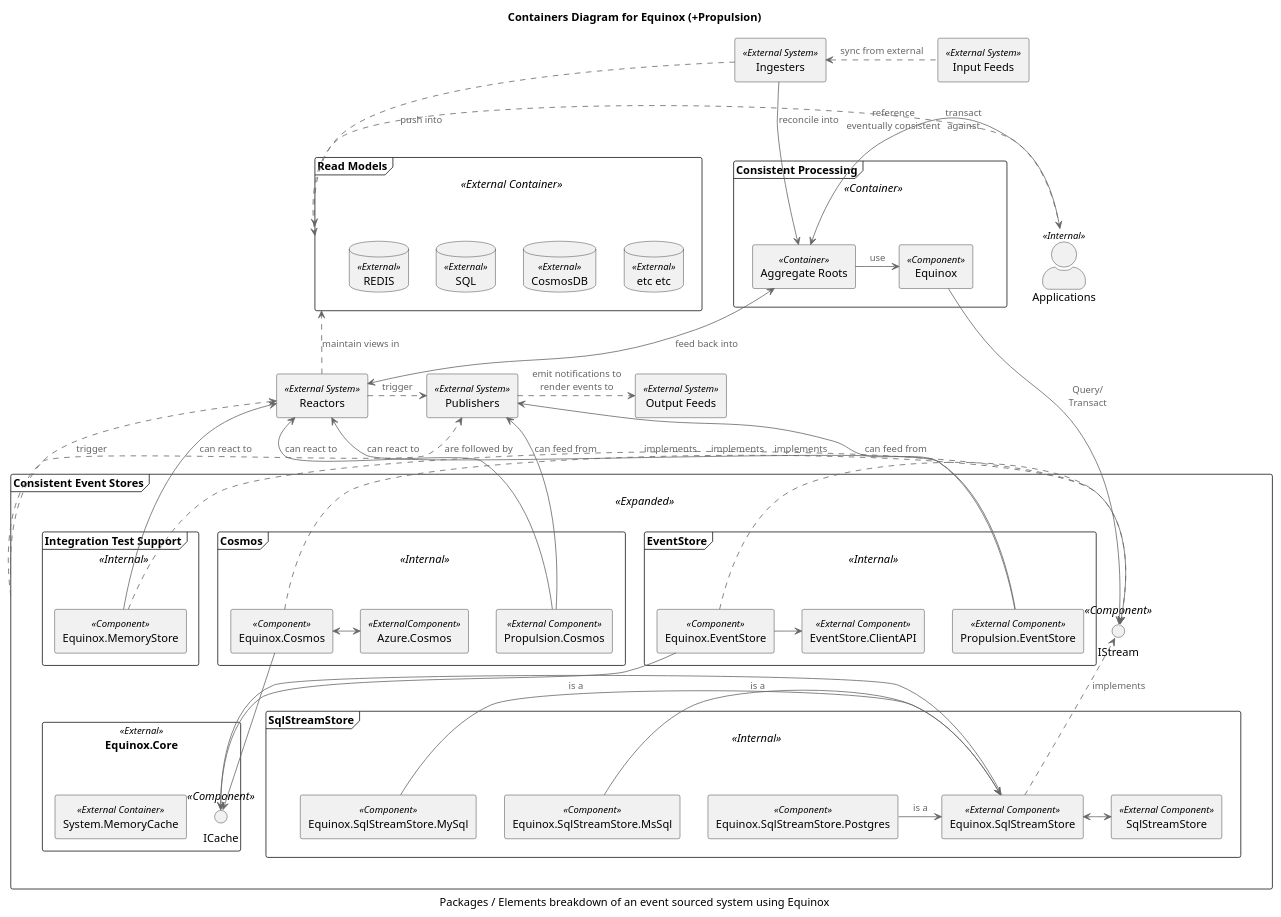
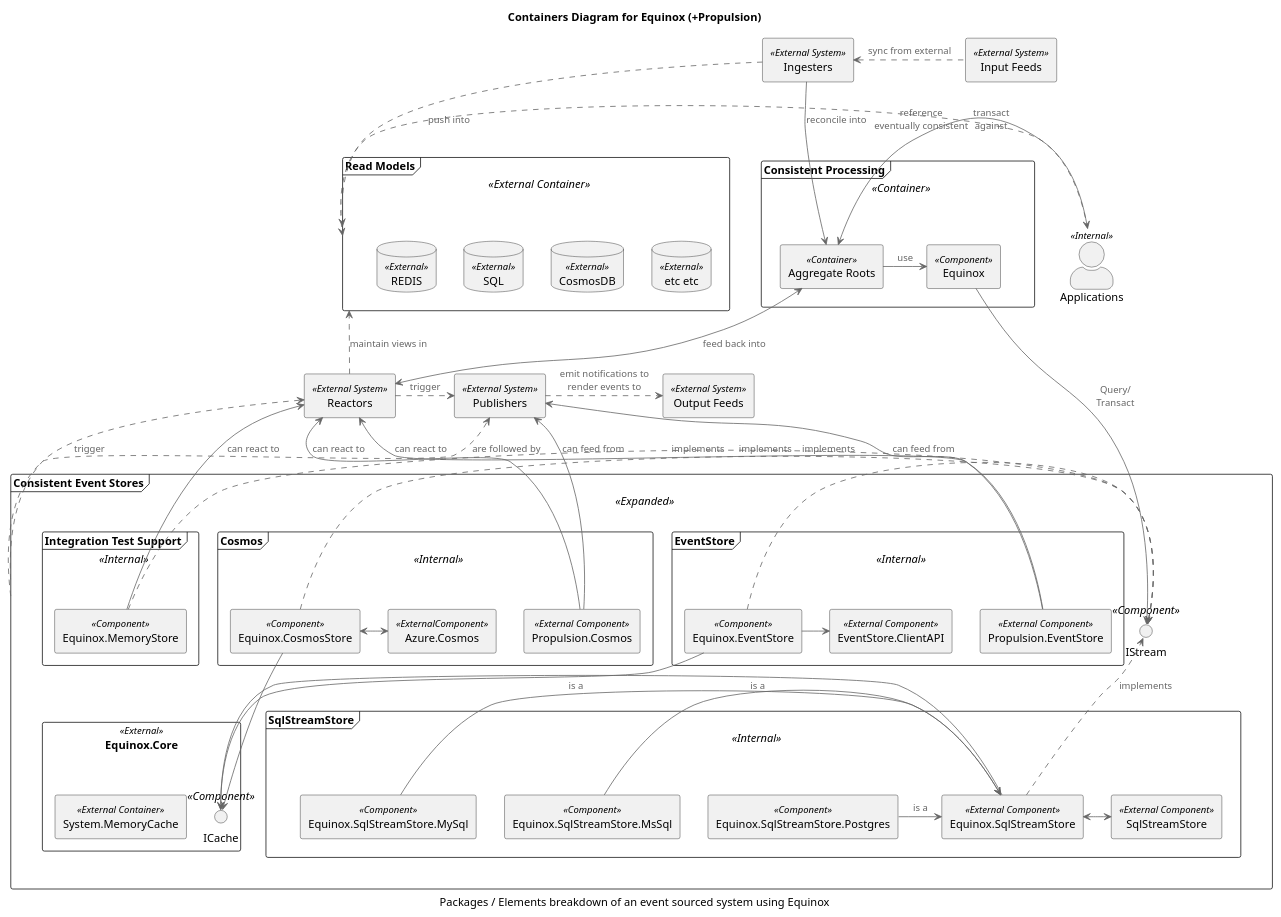
The diagram in diagrams/container.puml (jet/equinox), drawn with PlantUML before and after one commit. The commit also changed 39 other files, not shown here.

Commit message:
Renamespace Equinox.Cosmos -> CosmosStore

```diff
--- a/diagrams/container.puml
+++ b/diagrams/container.puml
@@ -1,104 +1,104 @@
 @startuml
 !includeurl https://raw.githubusercontent.com/skleanthous/C4-PlantumlSkin/master/build/output/c4.puml
 
 title Containers Diagram for Equinox (+Propulsion)
 caption Packages / Elements breakdown of an event sourced system using Equinox
 
 rectangle "Ingesters" as ingesters <<External System>> 
 rectangle "Input Feeds" as inputs <<External System>> 
 actor "Applications" as apps <<Internal>>
 
 together {
     frame "Consistent Processing" <<Container>> as services {
         rectangle "Equinox" <<Component>> as equinox
         rectangle "Aggregate Roots" as aggs <<Container>>
     }
     frame "Read Models" <<External Container>> as caches {
         database "REDIS"    as red <<External>>
         database "SQL"      as sql <<External>>
         database "CosmosDB" as cdb <<External>>
         database "etc etc"  as etc <<External>>
     }
 }
 
 frame "Consistent Event Stores" as stores <<Expanded>> {
     frame "Cosmos" as cosmos <<Internal>> {
-        rectangle "Equinox.Cosmos" <<Component>> as cs
+        rectangle "Equinox.CosmosStore" <<Component>> as cs
         rectangle "Propulsion.Cosmos" <<External Component>> as cr
         rectangle "Azure.Cosmos" <<ExternalComponent>> as cc
     }
     frame "EventStore" <<Internal>> {
         rectangle "Equinox.EventStore" <<Component>> as es
         rectangle "Propulsion.EventStore" <<External Component>> as er
         rectangle "EventStore.ClientAPI" <<External Component>> as esc
     }
     frame "Integration Test Support" <<Internal>> {
         rectangle "Equinox.MemoryStore" <<Component>> as ms 
     }
     interface IStream <<Component>>
     rectangle "Equinox.Core" as core <<External>> {
         rectangle "System.MemoryCache" <<External Container>>
         interface ICache <<Component>>
     }
     frame "SqlStreamStore" as ssss <<Internal>> {
         rectangle "Equinox.SqlStreamStore.MsSql" <<Component>> as ssm
         rectangle "Equinox.SqlStreamStore.MySql" <<Component>> as ssy
         rectangle "Equinox.SqlStreamStore.Postgres" <<Component>> as ssp
         rectangle "Equinox.SqlStreamStore" <<External Component>> as sss
         rectangle "SqlStreamStore" <<External Component>>
     }
 }
 
 rectangle "Reactors" as reactors <<External System>> 
 rectangle "Publishers" as publishers <<External System>> 
 rectangle "Output Feeds" as outputs <<External System>> 
 
 apps         .> caches     : reference\neventually consistent
 apps        <-> aggs       : transact\nagainst
 
 aggs         -> equinox    : use
 equinox      -> IStream    : Query/\nTransact
 
 stores     .>   publishers : are followed by
 stores     .U.> reactors   : trigger
 
 ingesters  <.   inputs     : sync from external
 ingesters    -> aggs       : reconcile into
 ingesters    .> caches     : push into
 
 reactors  <-U-> aggs       : feed back into
 reactors     .> caches     : maintain views in
 reactors   <-   ms         : can react to
 reactors   <-   cr         : can react to
 reactors   <-   er         : can react to
 reactors     .> publishers : trigger
 
 publishers   .> outputs    : emit notifications to\nrender events to
 publishers <--  cr         : can feed from
 publishers <--  er         : can feed from
 
 ms           .> IStream    : implements
 es           -> ICache
 es           .> IStream    : implements
 es           -> esc
 cs          --> ICache
 cs           .> IStream    : implements
 cs          <-> cc
 sss          -> ICache
 sss          .> IStream    : implements
 
 ssm          -> sss        : is a
 ssy          -> sss        : is a
 ssp          -> sss        : is a
 sss         <-> SqlStreamStore
 
 services   -[hidden]D-> reactors
 ingesters  -[hidden]D-> services
 
 IStream    -[hidden]D-> ssss
 
 red        -[hidden]R-> sql
 sql        -[hidden]R-> cdb
 cdb        -[hidden]R-> etc
 
 @enduml
```
